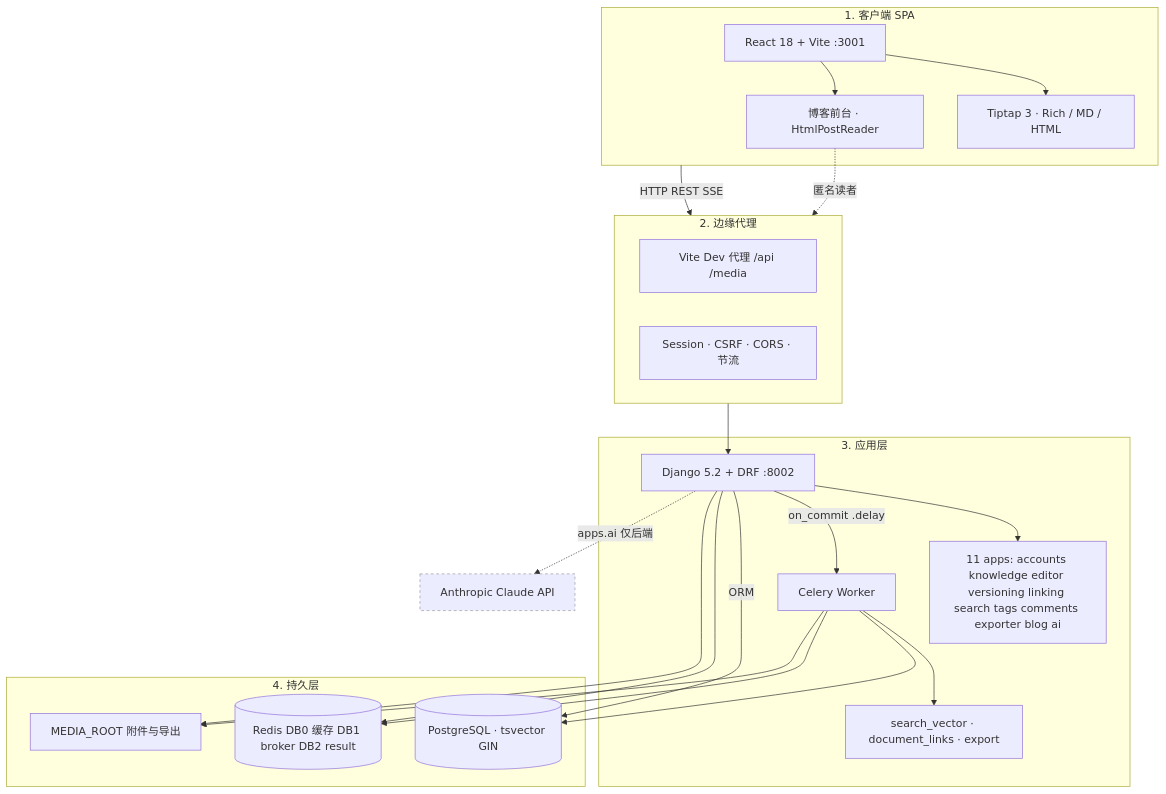
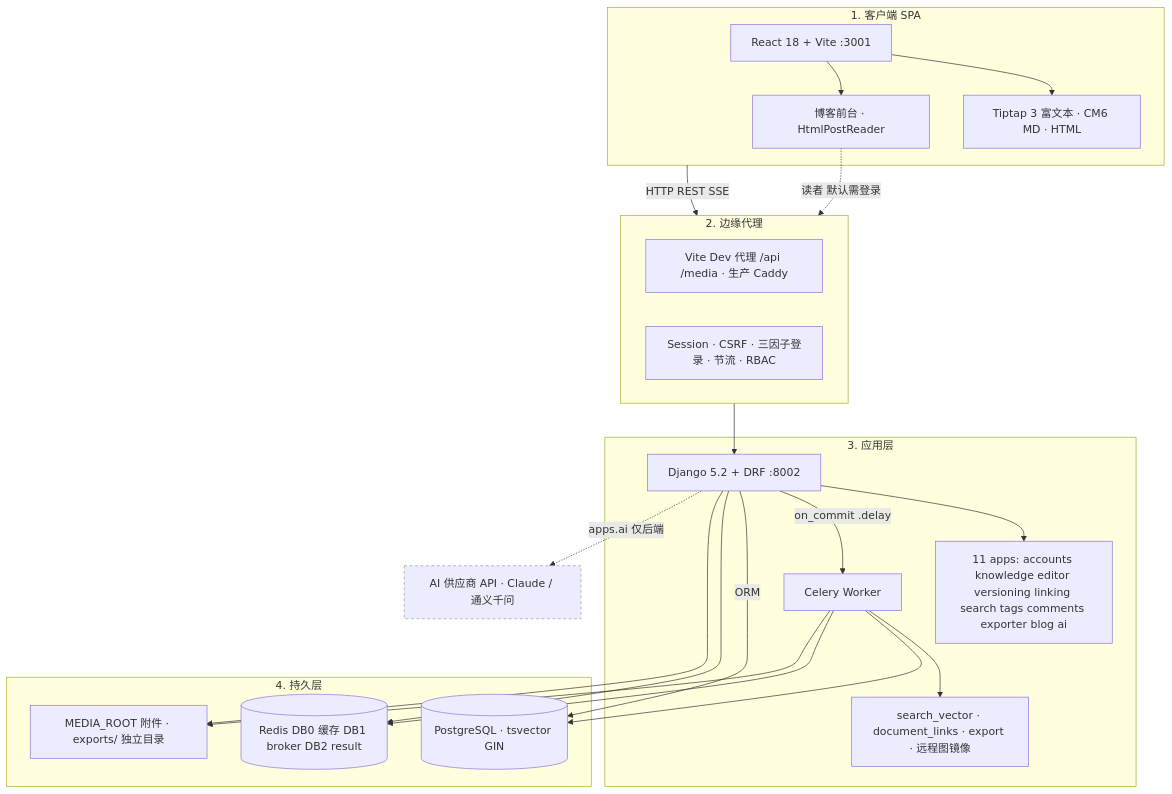
Before and after one commit to fujianghub/JianZhai: the diagram in docs/dev-guide/diagrams/detailed-arch.mmd, drawn with Mermaid. The commit also changed 3 other files, not shown here.

Commit message:
fix(frontend): 后台架构总览页对齐现行架构——四角色 RBAC 共享内容池（删 owner 多租户旧述）/登录三因子/默认友邻可见/受众+ReadGrant 两道闸/6 主题/CodeMirror 6/Word·PPT·语雀导入/5 格式导出/AI 多供应商；功能模块 12→16 卡；详细版手写 SVG 与 simple/detailed mermaid 同步刷新（save-flow 核对仍准确未动）

```diff
--- a/docs/dev-guide/diagrams/detailed-arch.mmd
+++ b/docs/dev-guide/diagrams/detailed-arch.mmd
@@ -1,45 +1,45 @@
 flowchart TB
   subgraph client [1. 客户端 SPA]
     spa[React 18 + Vite :3001]
-    editors[Tiptap 3 · Rich / MD / HTML]
+    editors[Tiptap 3 富文本 · CM6 MD · HTML]
     blogfe[博客前台 · HtmlPostReader]
     spa --> editors
     spa --> blogfe
   end
 
   subgraph edge [2. 边缘代理]
-    vite[Vite Dev 代理 /api /media]
-    sec[Session · CSRF · CORS · 节流]
+    vite[Vite Dev 代理 /api /media · 生产 Caddy]
+    sec[Session · CSRF · 三因子登录 · 节流 · RBAC]
   end
 
   subgraph app [3. 应用层]
     django[Django 5.2 + DRF :8002]
     apps11[11 apps: accounts knowledge editor versioning linking search tags comments exporter blog ai]
     celery[Celery Worker]
-    tasks[search_vector · document_links · export]
+    tasks[search_vector · document_links · export · 远程图镜像]
     django --> apps11
     django -->|on_commit .delay| celery
     celery --> tasks
   end
 
   subgraph persist [4. 持久层]
     pg[(PostgreSQL · tsvector GIN)]
     redis[(Redis DB0 缓存 DB1 broker DB2 result)]
-    media[MEDIA_ROOT 附件与导出]
+    media[MEDIA_ROOT 附件 · exports/ 独立目录]
   end
 
-  extai[Anthropic Claude API]
+  extai[AI 供应商 API · Claude / 通义千问]
 
   client -->|HTTP REST SSE| edge
   edge --> django
   django -->|ORM| pg
   django --> redis
   django --> media
   celery --> pg
   celery --> redis
   celery --> media
   django -.->|apps.ai 仅后端| extai
-  blogfe -.->|匿名读者| edge
+  blogfe -.->|读者 默认需登录| edge
 
   classDef external stroke:#999,stroke-dasharray:4 4
   class extai external
```
